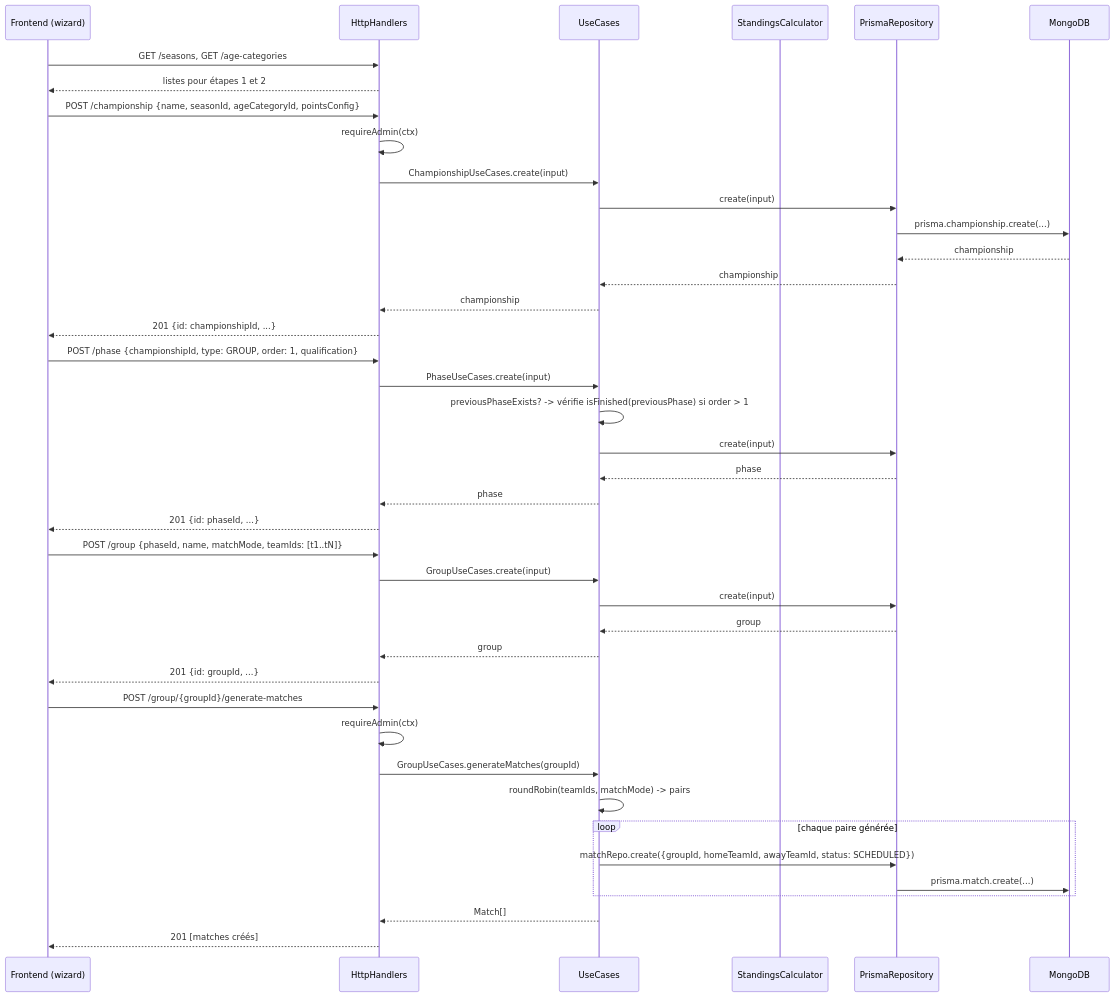
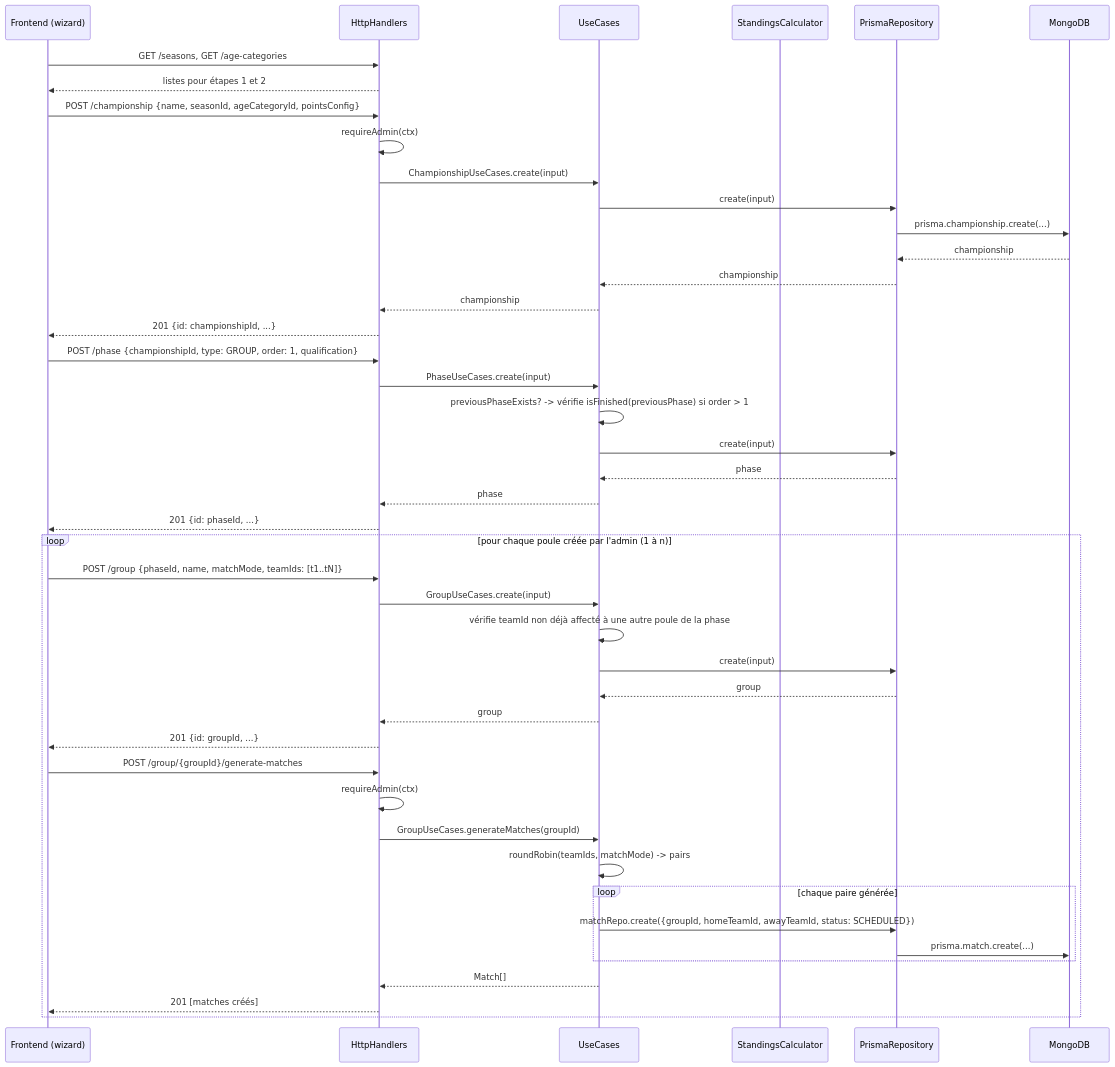
Before and after one commit to ptitdam2001/fullstack-application: the diagram in specifications/02-championship.md, drawn with Mermaid. The commit also changed other lines of this file, not shown here.

Commit message:
docs(specs): support multiple poules per GROUP phase
- wizard step 4b: create 1..n poules per phase, teams assigned per poule
- add cross-poule team exclusivity rule
- update sequence diagram + validation croisée section

````diff
--- a/specifications/02-championship.md
+++ b/specifications/02-championship.md
@@ -191,48 +193,51 @@
 ```mermaid
 sequenceDiagram
     participant FE as Frontend (wizard)
     participant API as HttpHandlers
     participant UC as UseCases
     participant Std as StandingsCalculator
     participant Repo as PrismaRepository
     participant DB as MongoDB
 
     FE->>API: GET /seasons, GET /age-categories
     API-->>FE: listes pour étapes 1 et 2
 
     FE->>API: POST /championship {name, seasonId, ageCategoryId, pointsConfig}
     API->>API: requireAdmin(ctx)
     API->>UC: ChampionshipUseCases.create(input)
     UC->>Repo: create(input)
     Repo->>DB: prisma.championship.create(...)
     DB-->>Repo: championship
     Repo-->>UC: championship
     UC-->>API: championship
     API-->>FE: 201 {id: championshipId, ...}
 
     FE->>API: POST /phase {championshipId, type: GROUP, order: 1, qualification}
     API->>UC: PhaseUseCases.create(input)
     UC->>UC: previousPhaseExists? -> vérifie isFinished(previousPhase) si order > 1
     UC->>Repo: create(input)
     Repo-->>UC: phase
     UC-->>API: phase
     API-->>FE: 201 {id: phaseId, ...}
 
-    FE->>API: POST /group {phaseId, name, matchMode, teamIds: [t1..tN]}
-    API->>UC: GroupUseCases.create(input)
-    UC->>Repo: create(input)
-    Repo-->>UC: group
-    UC-->>API: group
-    API-->>FE: 201 {id: groupId, ...}
+    loop pour chaque poule créée par l'admin (1 à n)
+        FE->>API: POST /group {phaseId, name, matchMode, teamIds: [t1..tN]}
+        API->>UC: GroupUseCases.create(input)
+        UC->>UC: vérifie teamId non déjà affecté à une autre poule de la phase
+        UC->>Repo: create(input)
+        Repo-->>UC: group
+        UC-->>API: group
+        API-->>FE: 201 {id: groupId, ...}
 
-    FE->>API: POST /group/{groupId}/generate-matches
-    API->>API: requireAdmin(ctx)
-    API->>UC: GroupUseCases.generateMatches(groupId)
-    UC->>UC: roundRobin(teamIds, matchMode) -> pairs
-    loop chaque paire générée
-        UC->>Repo: matchRepo.create({groupId, homeTeamId, awayTeamId, status: SCHEDULED})
-        Repo->>DB: prisma.match.create(...)
+        FE->>API: POST /group/{groupId}/generate-matches
+        API->>API: requireAdmin(ctx)
+        API->>UC: GroupUseCases.generateMatches(groupId)
+        UC->>UC: roundRobin(teamIds, matchMode) -> pairs
+        loop chaque paire générée
+            UC->>Repo: matchRepo.create({groupId, homeTeamId, awayTeamId, status: SCHEDULED})
+            Repo->>DB: prisma.match.create(...)
+        end
+        UC-->>API: Match[]
+        API-->>FE: 201 [matches créés]
     end
-    UC-->>API: Match[]
-    API-->>FE: 201 [matches créés]
 ```
````
